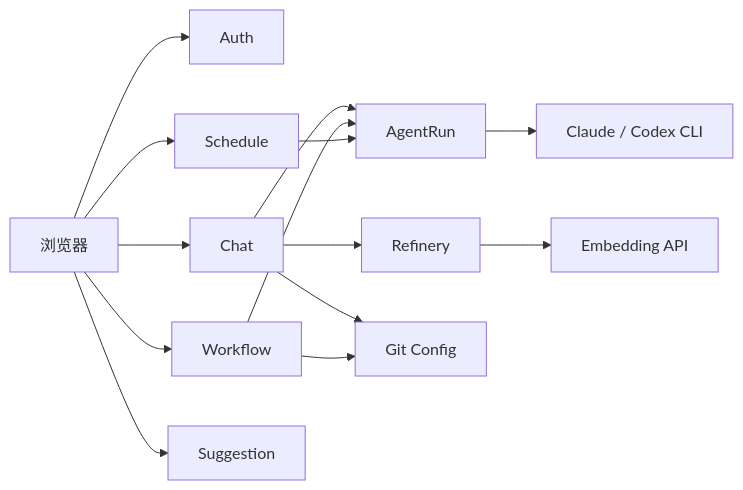
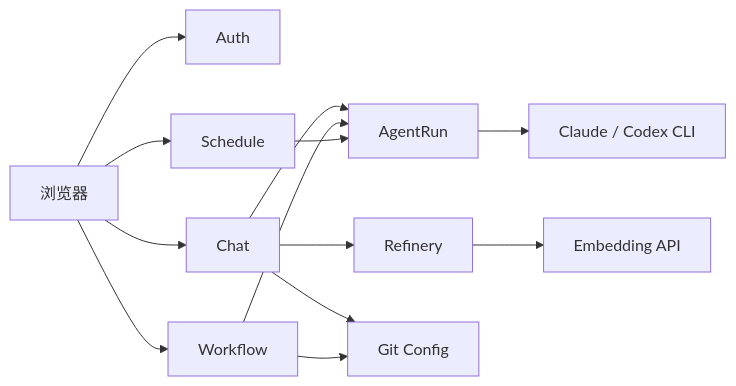
Before and after one commit to zhourui392/agent-web: the diagram in docs/event-storming.md, drawn with Mermaid. The commit also changed other lines of this file and 35 other files, not shown here.

````diff
--- a/docs/event-storming.md
+++ b/docs/event-storming.md
@@ -7,16 +7,15 @@
 ```mermaid
 flowchart LR
     Browser[浏览器] --> Auth[Auth]
     Browser --> Chat[Chat]
     Browser --> Workflow[Workflow]
     Browser --> Schedule[Schedule]
-    Browser --> Suggestion[Suggestion]
     Chat --> AgentRun[AgentRun]
     Workflow --> AgentRun
     Schedule --> AgentRun
     AgentRun --> CLI[Claude / Codex CLI]
     Chat --> Refinery[Refinery]
     Refinery --> Embedding[Embedding API]
     Chat --> Git[Git Config]
     Workflow --> Git
 ```
````
